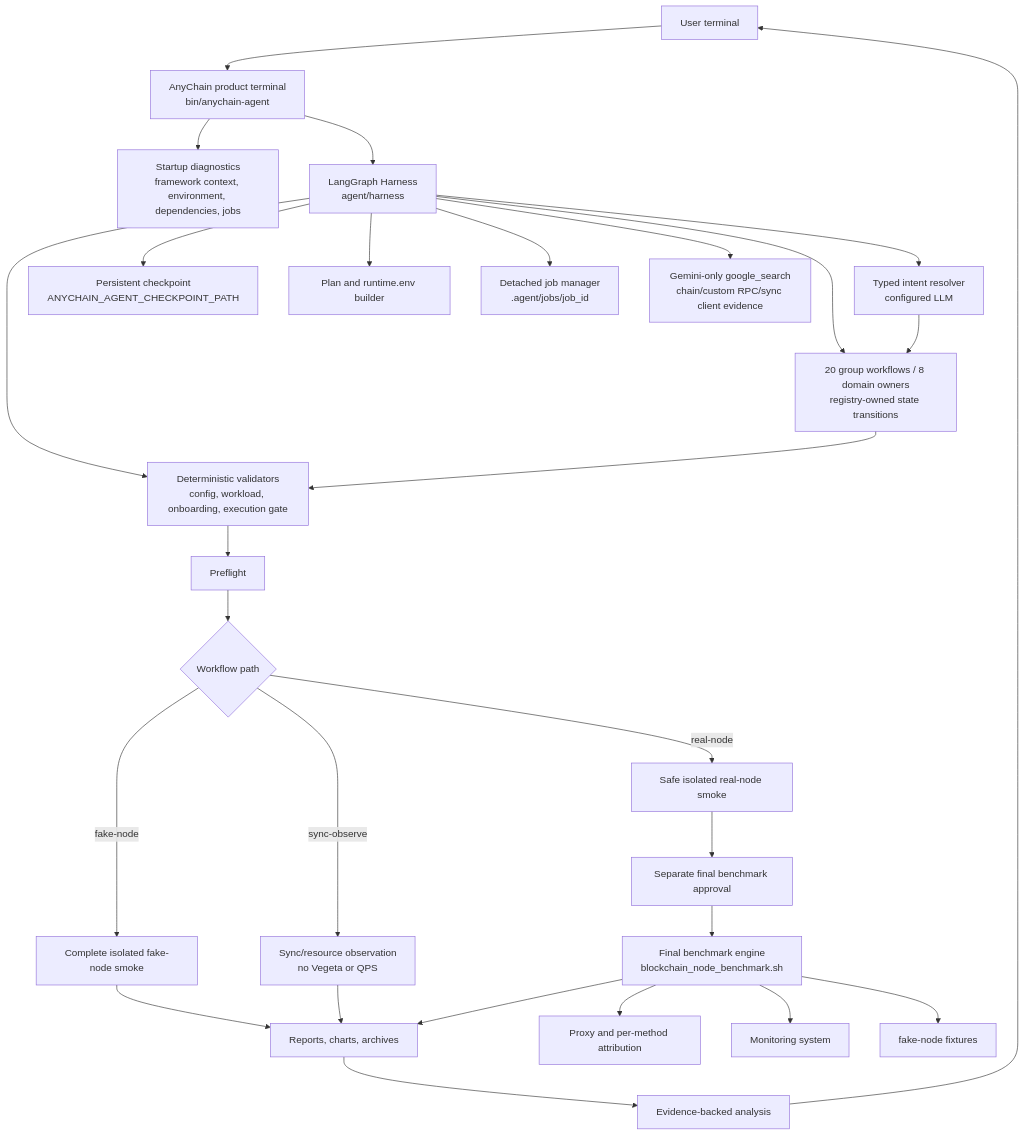
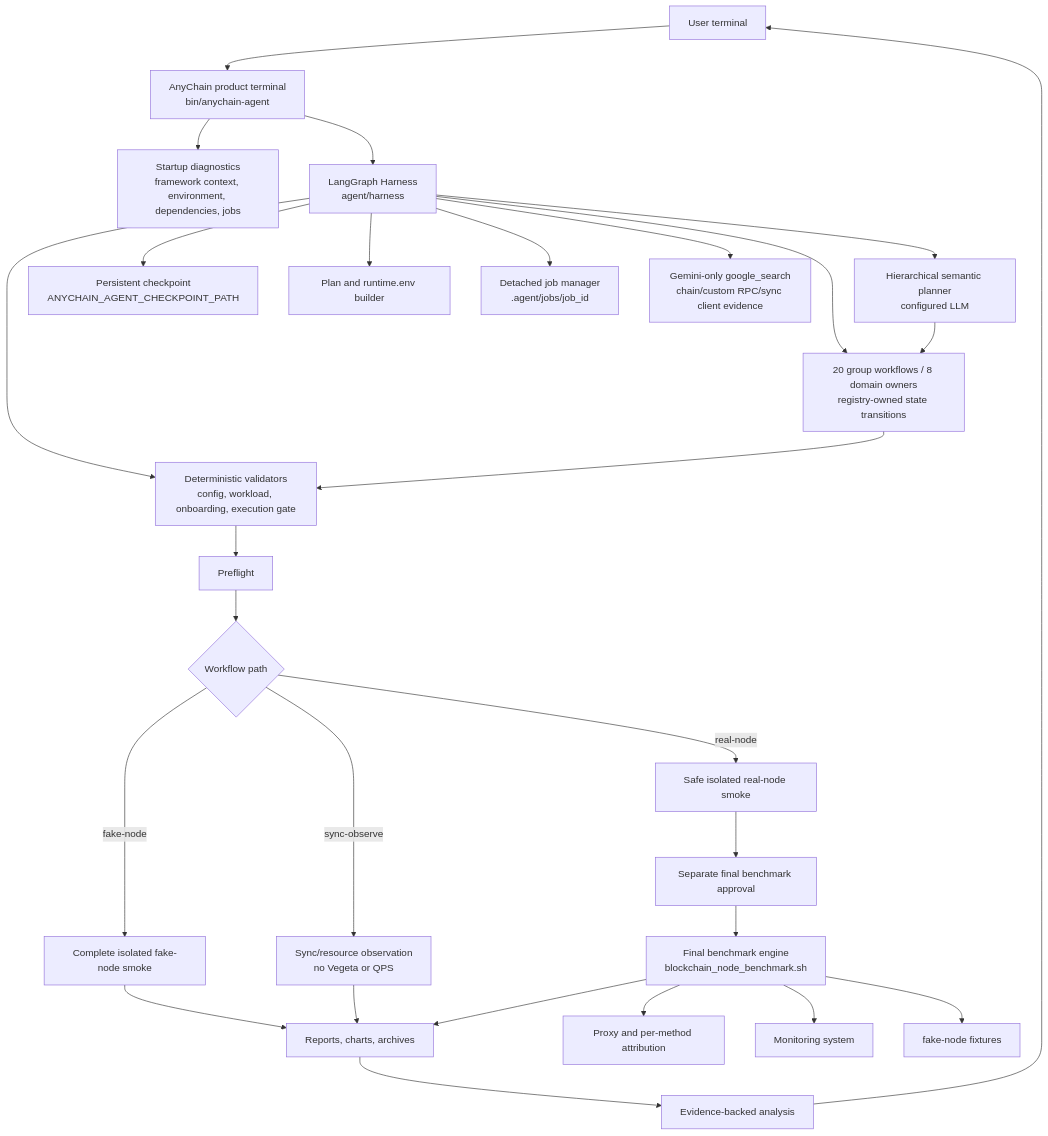
Before and after one commit to StayHungryStayFoolish/AnyChainBenchmarkAgent: the first of 3 diagrams in docs/en/adk-agent-architecture.md, drawn with Mermaid. The commit also changed other lines of this file and 136 other files, not shown here.

````diff
--- a/docs/en/adk-agent-architecture.md
+++ b/docs/en/adk-agent-architecture.md
@@ -36,33 +36,33 @@
 ```mermaid
 flowchart TD
   U["User terminal"] --> T["AnyChain product terminal<br/>bin/anychain-agent"]
   T --> D["Startup diagnostics<br/>framework context, environment, dependencies, jobs"]
   T --> H["LangGraph Harness<br/>agent/harness"]
 
-  H --> I["Typed intent resolver<br/>configured LLM"]
+  H --> I["Hierarchical semantic planner<br/>configured LLM"]
   H --> G["20 group workflows / 8 domain owners<br/>registry-owned state transitions"]
   H --> S["Persistent checkpoint<br/>ANYCHAIN_AGENT_CHECKPOINT_PATH"]
   H --> VAL["Deterministic validators<br/>config, workload, onboarding, execution gate"]
   H --> PLAN["Plan and runtime.env builder"]
   H --> JOB["Detached job manager<br/>.agent/jobs/job_id"]
   H --> SEARCH["Gemini-only google_search<br/>chain/custom RPC/sync client evidence"]
 
   I --> G
   G --> VAL
 
   VAL --> PRE["Preflight"]
   PRE --> MODE{"Workflow path"}
   MODE -->|"fake-node"| FSMOKE["Complete isolated fake-node smoke"]
   MODE -->|"real-node"| RSMOKE["Safe isolated real-node smoke"]
   RSMOKE --> APPROVE["Separate final benchmark approval"]
   APPROVE --> BENCH["Final benchmark engine<br/>blockchain_node_benchmark.sh"]
   MODE -->|"sync-observe"| SYNC["Sync/resource observation<br/>no Vegeta or QPS"]
   FSMOKE --> ART["Reports, charts, archives"]
   SYNC --> ART
   BENCH --> PROXY["Proxy and per-method attribution"]
   BENCH --> MON["Monitoring system"]
   BENCH --> FN["fake-node fixtures"]
   BENCH --> ART
   ART --> ANA["Evidence-backed analysis"]
   ANA --> U
 ```
````
